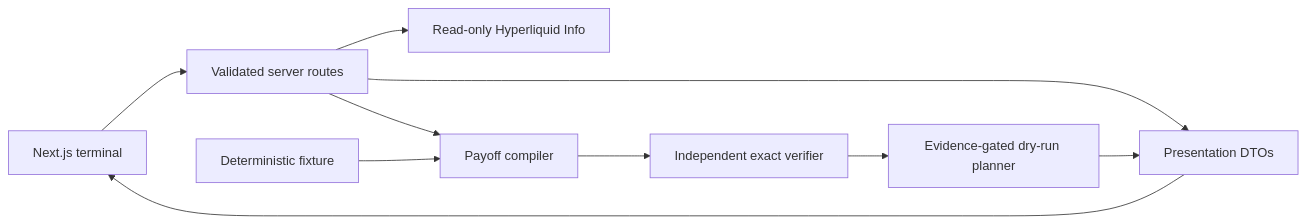
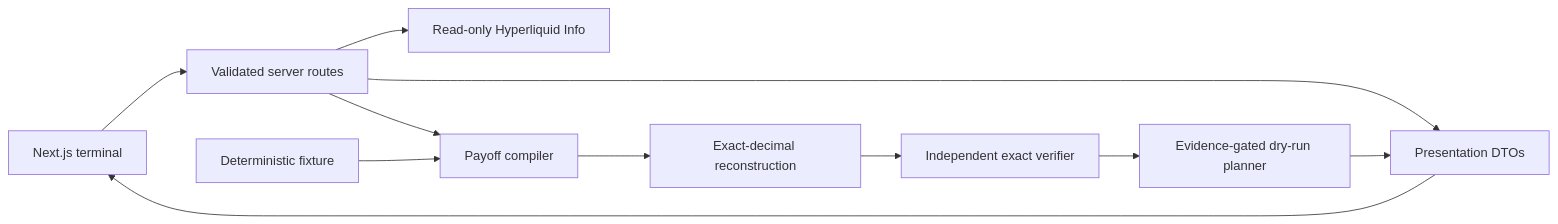
One commit to Quenine/contour changed the diagram in README.md. Above: the diagram before and after it, drawn with Mermaid. The commit also changed other lines of this file and 12 other files, not shown here.

````diff
--- a/README.md
+++ b/README.md
@@ -50,12 +58,13 @@
 ```mermaid
 flowchart LR
   UI[Next.js terminal] --> API[Validated server routes]
   API --> HL[Read-only Hyperliquid Info]
   API --> C[Payoff compiler]
-  C --> V[Independent exact verifier]
+  C --> R[Exact-decimal reconstruction]
+  R --> V[Independent exact verifier]
   V --> E[Evidence-gated dry-run planner]
   F[Deterministic fixture] --> C
   API --> DTO[Presentation DTOs]
   E --> DTO
   DTO --> UI
 ```
````
